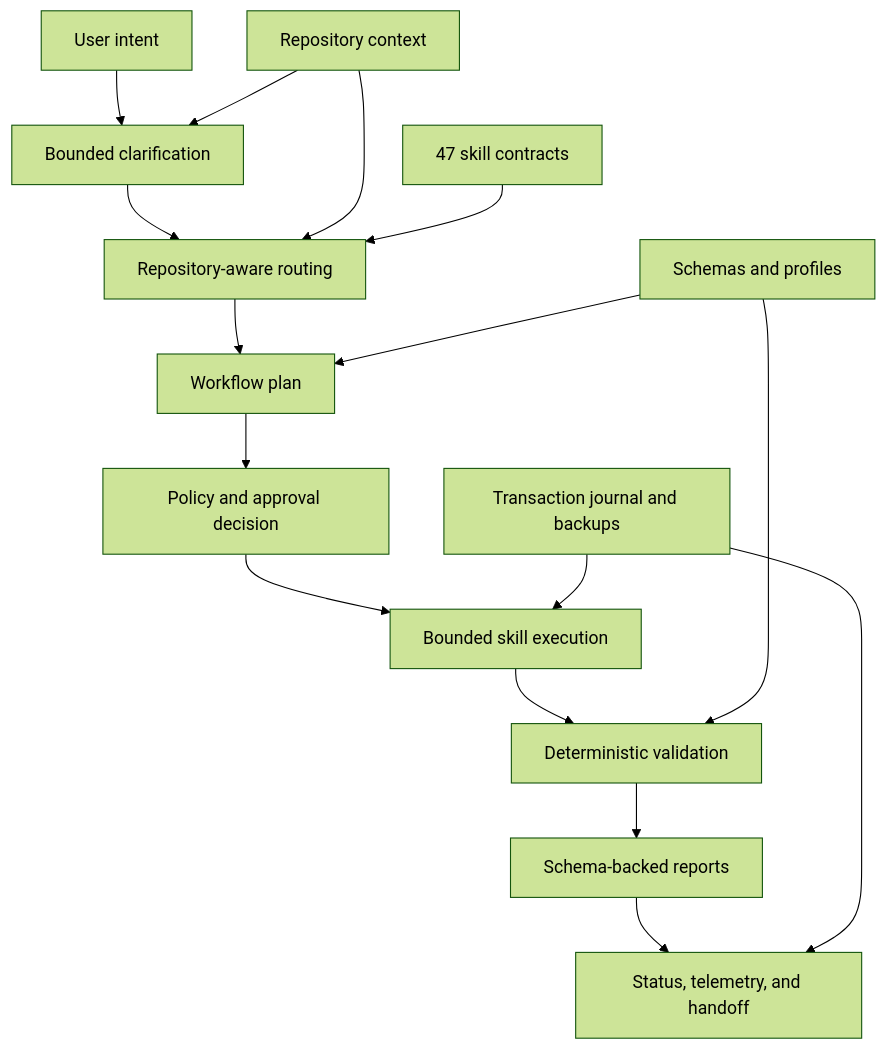
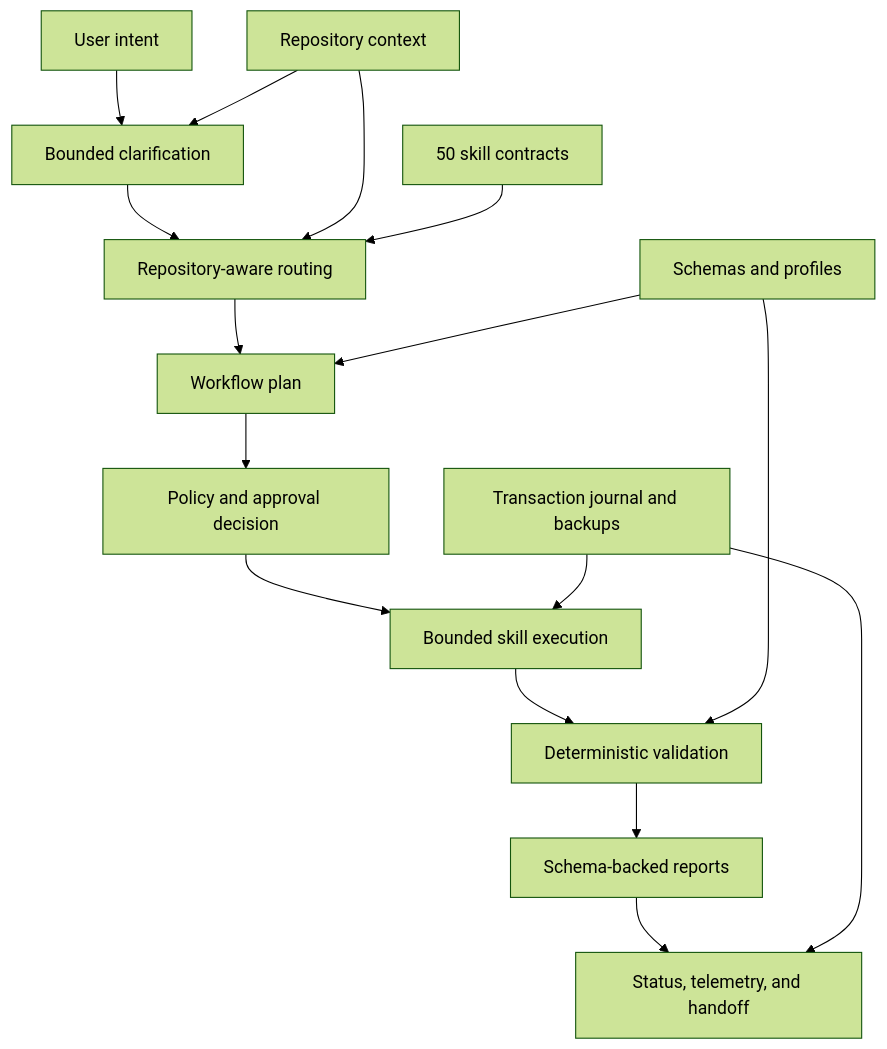
Before and after one commit to QuyDu/Project-Orchestrator: the first of 2 diagrams in docs/PROJECT-OVERVIEW.md, drawn with Mermaid (forest theme). The commit also changed other lines of this file and 75 other files, not shown here.

````diff
--- a/docs/PROJECT-OVERVIEW.md
+++ b/docs/PROJECT-OVERVIEW.md
@@ -134,19 +134,19 @@
 ```mermaid
 flowchart TD
     A[User intent] --> B[Bounded clarification]
     B --> C[Repository-aware routing]
     C --> D[Workflow plan]
     D --> E[Policy and approval decision]
     E --> F[Bounded skill execution]
     F --> G[Deterministic validation]
     G --> H[Schema-backed reports]
     H --> I[Status, telemetry, and handoff]
 
     J[Repository context] --> B
     J --> C
-    K[47 skill contracts] --> C
+    K[50 skill contracts] --> C
     L[Schemas and profiles] --> D
     L --> G
     M[Transaction journal and backups] --> F
     M --> I
 ```
````
